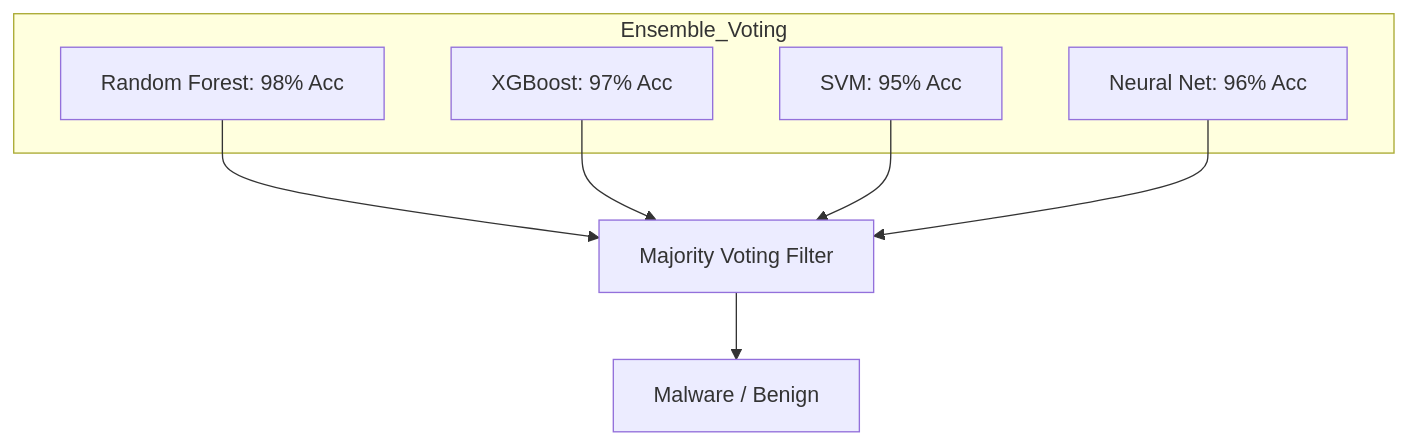
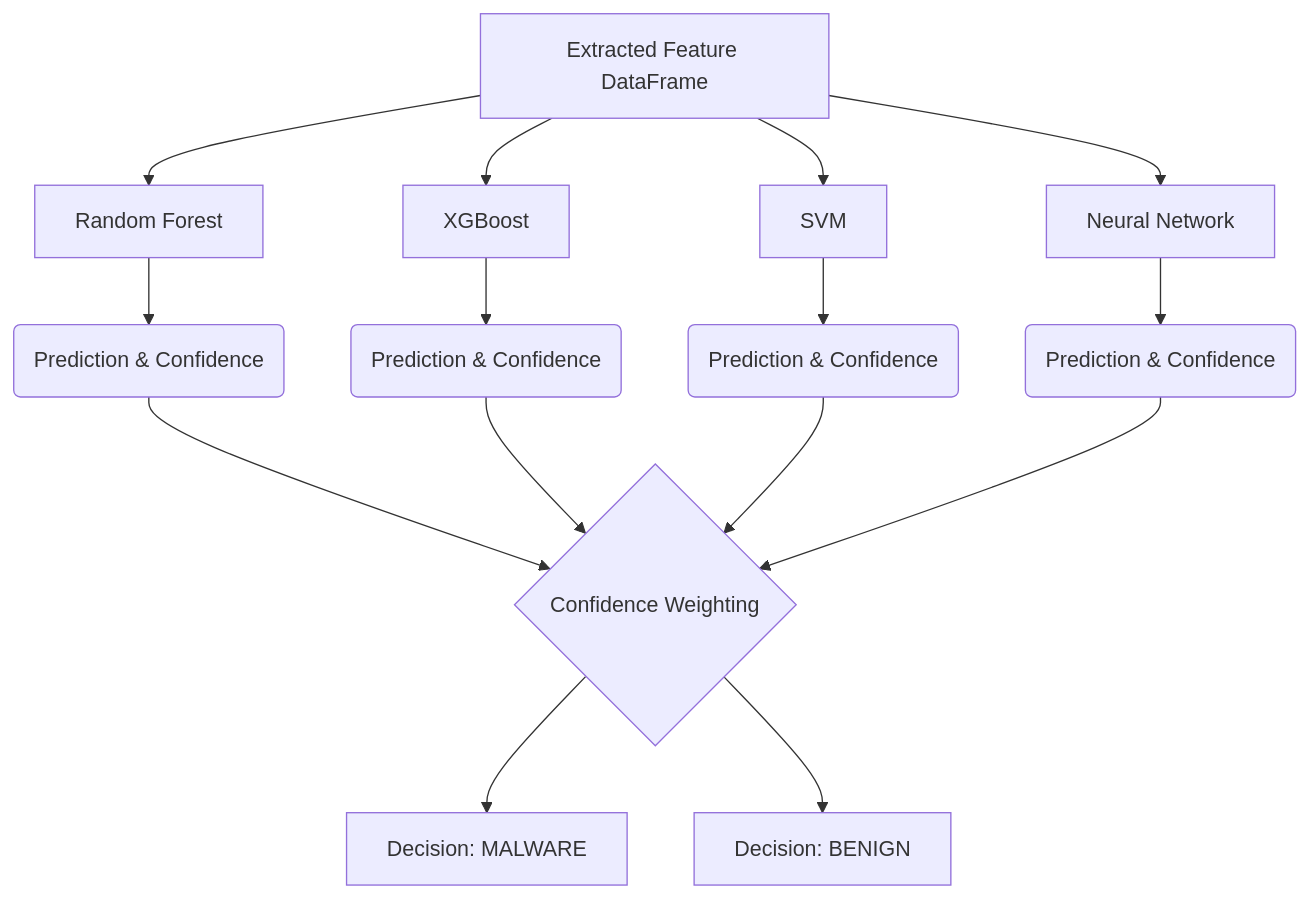
Diagram 13 of 19 in README.md (BlueHeart-Saga/machine-learning), drawn with Mermaid before and after one commit. The commit also changed other lines of this file, not shown here.

Commit message:
Documentation: Massive Expansion with End-to-End Architectural Workflows and Master Guide

````diff
--- a/README.md
+++ b/README.md
@@ -92,11 +332,16 @@
 ```mermaid
 graph TD
-    subgraph Ensemble_Voting
-        M1[Random Forest: 98% Acc]
-        M2[XGBoost: 97% Acc]
-        M3[SVM: 95% Acc]
-        M4[Neural Net: 96% Acc]
-    end
-    M1 & M2 & M3 & M4 --> Majority[Majority Voting Filter]
-    Majority --> Output[Malware / Benign]
+    Vector[Extracted Feature DataFrame] --> Model_1[Random Forest]
+    Vector --> Model_2[XGBoost]
+    Vector --> Model_3[SVM]
+    Vector --> Model_4[Neural Network]
+    
+    Model_1 --> P1(Prediction & Confidence)
+    Model_2 --> P2(Prediction & Confidence)
+    Model_3 --> P3(Prediction & Confidence)
+    Model_4 --> P4(Prediction & Confidence)
+    
+    P1 & P2 & P3 & P4 --> Arbiter{Confidence Weighting}
+    Arbiter --> Malware[Decision: MALWARE]
+    Arbiter --> Benign[Decision: BENIGN]
 ```
````
